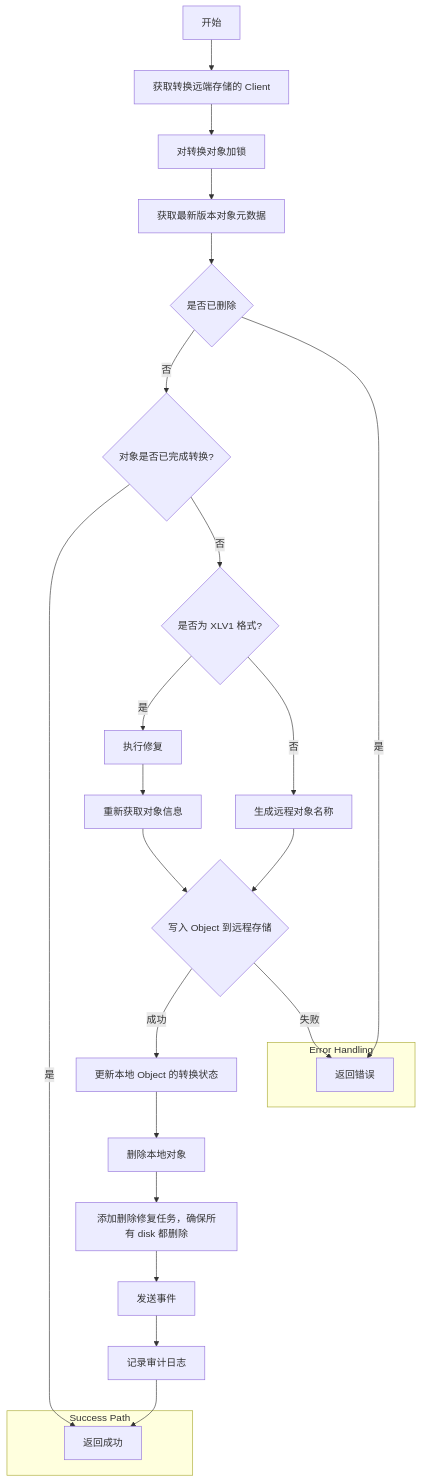
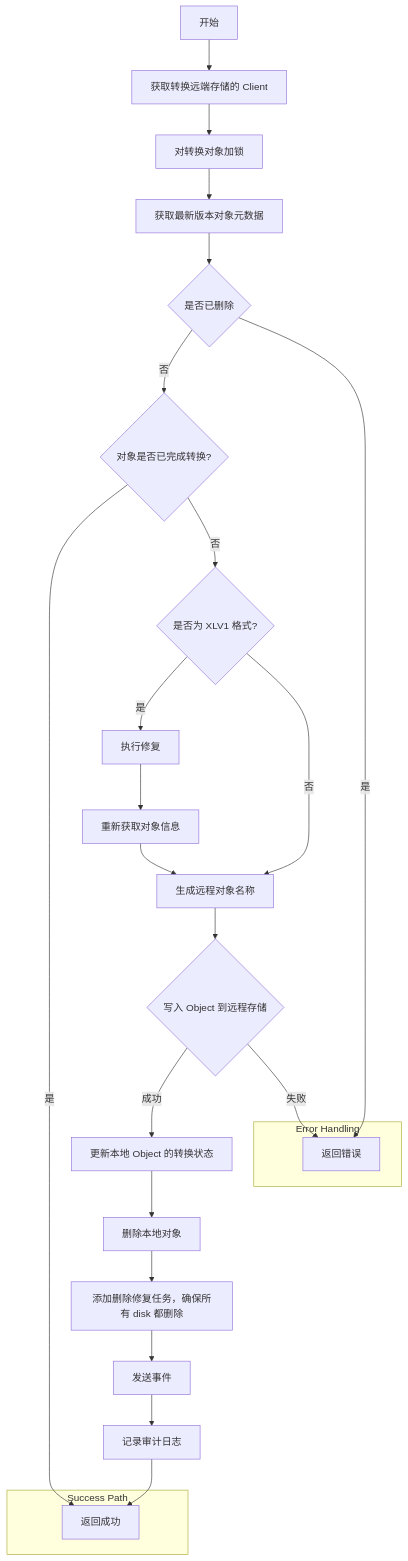
One commit to YzmjY/YzmjY.github.io changed the diagram in docs/blog/posts/2025/minio-ilm.md. Above: the diagram before and after it, drawn with Mermaid. The commit also changed other lines of this file and 1 other file, not shown here.

````diff
--- a/docs/blog/posts/2025/minio-ilm.md
+++ b/docs/blog/posts/2025/minio-ilm.md
@@ -56,31 +116,31 @@
 ```mermaid
 flowchart TD
     A[开始] --> B[获取转换远端存储的 Client];
     B --> C[对转换对象加锁];
     C --> D[获取最新版本对象元数据];
     D --> E{是否已删除};
     E -- 否 --> F{对象是否已完成转换?};
     E -- 是 --> Z[返回错误];
     F -- 是 --> Y[返回成功];
     F -- 否 --> G{是否为 XLV1 格式?};
     G -- 是 --> H[执行修复];
     H --> I[重新获取对象信息];
     G -- 否 --> J[生成远程对象名称];
-    I --> L;
+    I --> J;
     J --> L{写入 Object 到远程存储};
     L -- 成功 --> N[更新本地 Object 的转换状态];
     L -- 失败 --> Z;
     N --> O[删除本地对象];
     O --> Q[添加删除修复任务，确保所有 disk 都删除];
     Q --> R[发送事件];
     R --> S[记录审计日志];
     S --> Y;
 
     subgraph Error Handling
         Z;
     end
 
     subgraph Success Path
         Y;
     end 
 ```
````
